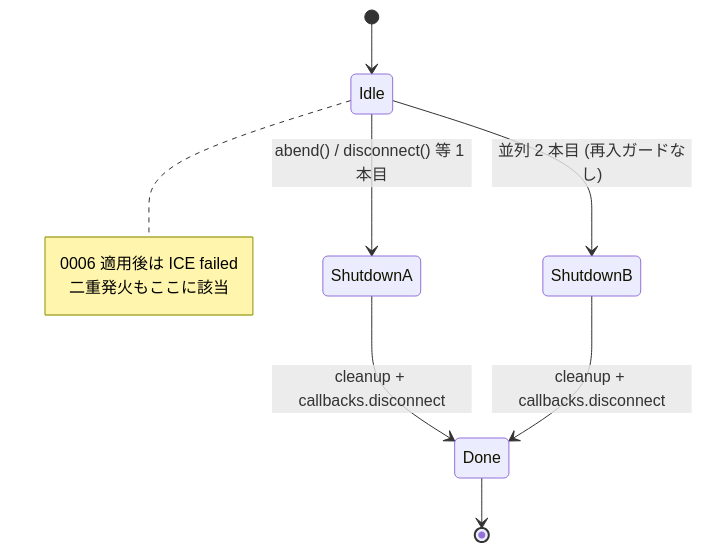
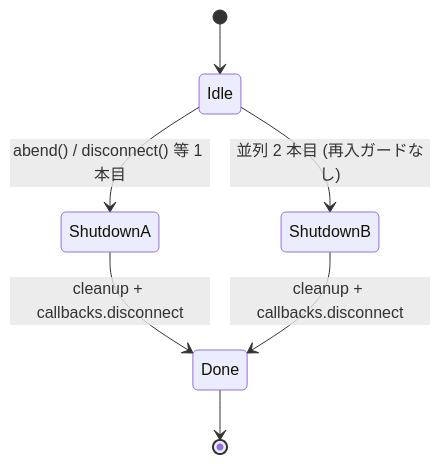
The first of 2 diagrams in issues/0030-refactor-abend-shutdown-idempotency.md (shiguredo/sora-js-sdk), drawn with Mermaid before and after one commit. The commit also changed other lines of this file and 33 other files, not shown here.

````diff
--- a/issues/0030-refactor-abend-shutdown-idempotency.md
+++ b/issues/0030-refactor-abend-shutdown-idempotency.md
@@ -22,14 +21,9 @@
 ```mermaid
 stateDiagram-v2
     [*] --> Idle
     Idle --> ShutdownA: abend() / disconnect() 等 1 本目
     Idle --> ShutdownB: 並列 2 本目 (再入ガードなし)
     ShutdownA --> Done: cleanup + callbacks.disconnect
     ShutdownB --> Done: cleanup + callbacks.disconnect
     Done --> [*]
-
-    note right of Idle
-        0006 適用後は ICE failed
-        二重発火もここに該当
-    end note
 ```
````
